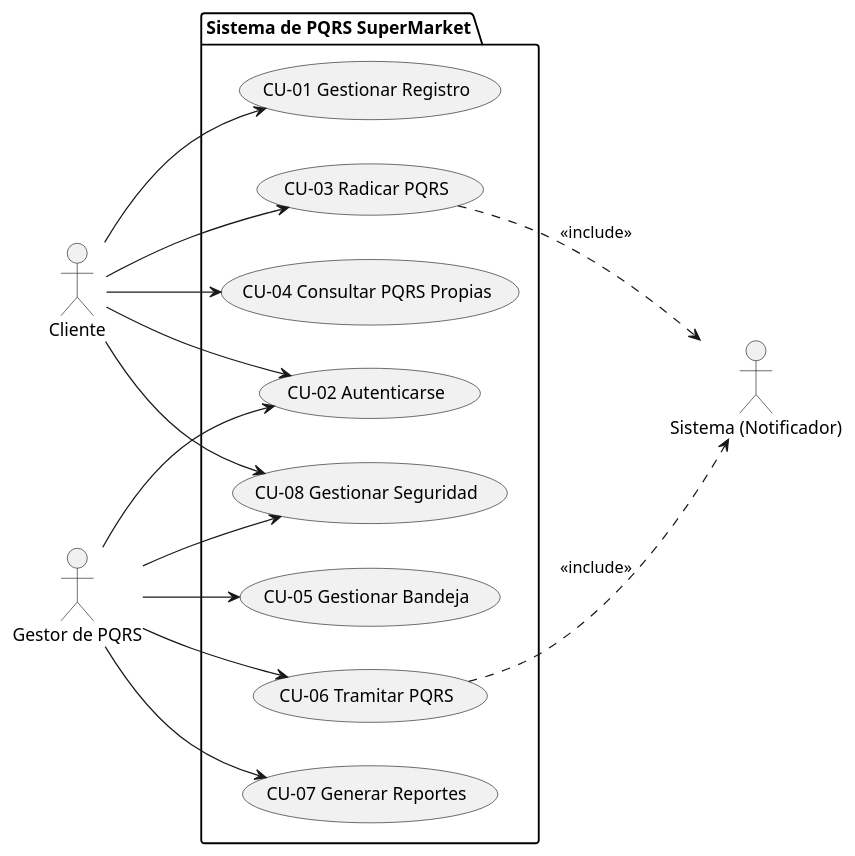
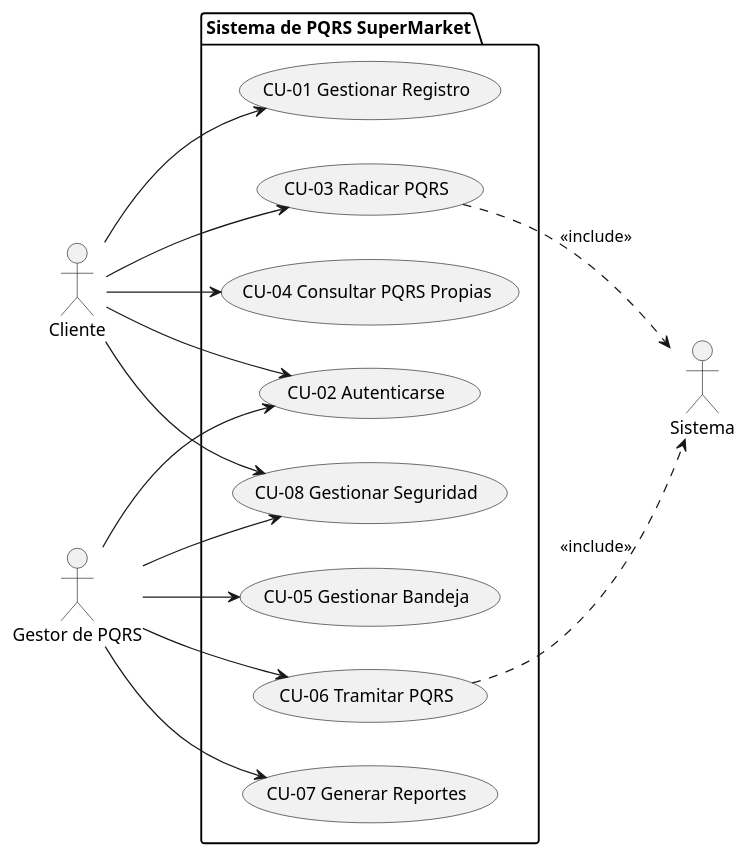
One commit to 13rianVargas/Ingenieria-de-Software-1 changed the diagram in Proyecto-Final/docs/casos-de-uso/plantuml/0-Resumen-Casos-Uso.puml. Above: the diagram before and after it, drawn with PlantUML. The commit also changed 22 other files, not shown here.

Commit message:
refactor: rename actor sistema notificador to sistema across project + c

```diff
--- a/Proyecto-Final/docs/casos-de-uso/plantuml/0-Resumen-Casos-Uso.puml
+++ b/Proyecto-Final/docs/casos-de-uso/plantuml/0-Resumen-Casos-Uso.puml
@@ -1,33 +1,33 @@
 @startuml
 left to right direction
 
 actor "Cliente" as C
 actor "Gestor de PQRS" as G
-actor "Sistema (Notificador)" as S
+actor "Sistema" as S
 
 package "Sistema de PQRS SuperMarket" {
   usecase "CU-01 Gestionar Registro" as UC1
   usecase "CU-02 Autenticarse" as UC2
   usecase "CU-03 Radicar PQRS" as UC3
   usecase "CU-04 Consultar PQRS Propias" as UC4
   usecase "CU-05 Gestionar Bandeja" as UC5
   usecase "CU-06 Tramitar PQRS" as UC6
   usecase "CU-07 Generar Reportes" as UC7
   usecase "CU-08 Gestionar Seguridad" as UC8
 }
 
 C --> UC1
 C --> UC2
 C --> UC3
 C --> UC4
 C --> UC8
 
 G --> UC2
 G --> UC5
 G --> UC6
 G --> UC7
 G --> UC8
 
 UC3 ..> S : <<include>>
 UC6 ..> S : <<include>>
 @enduml
```
